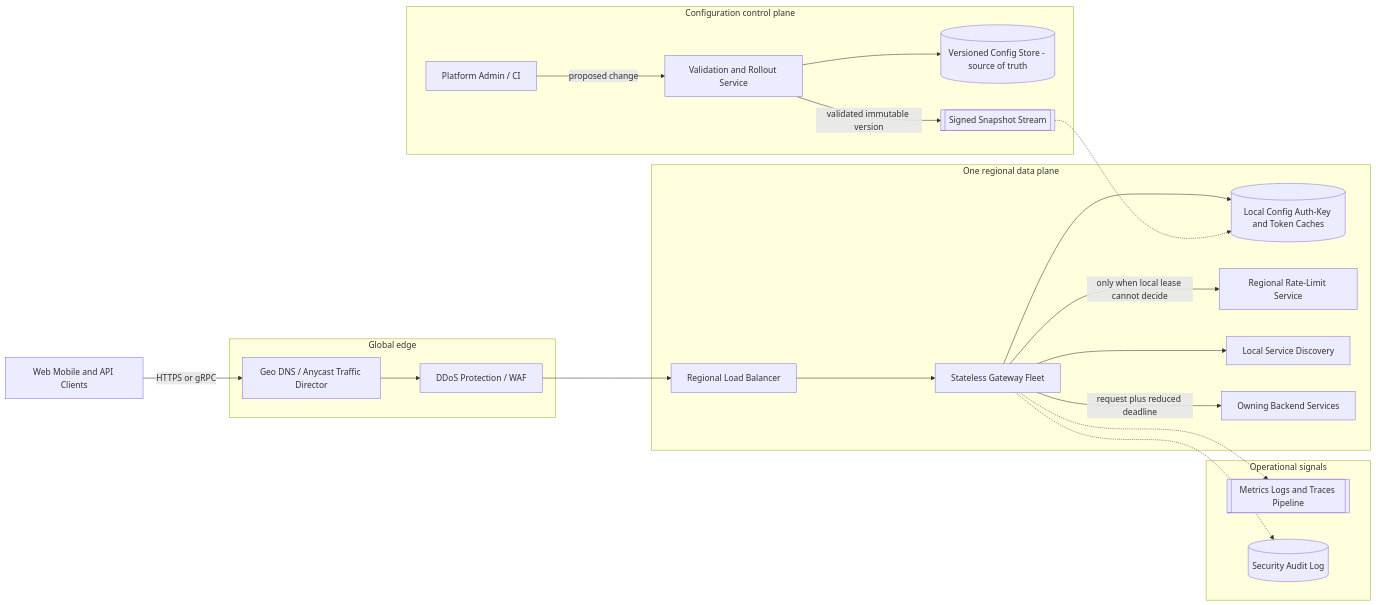
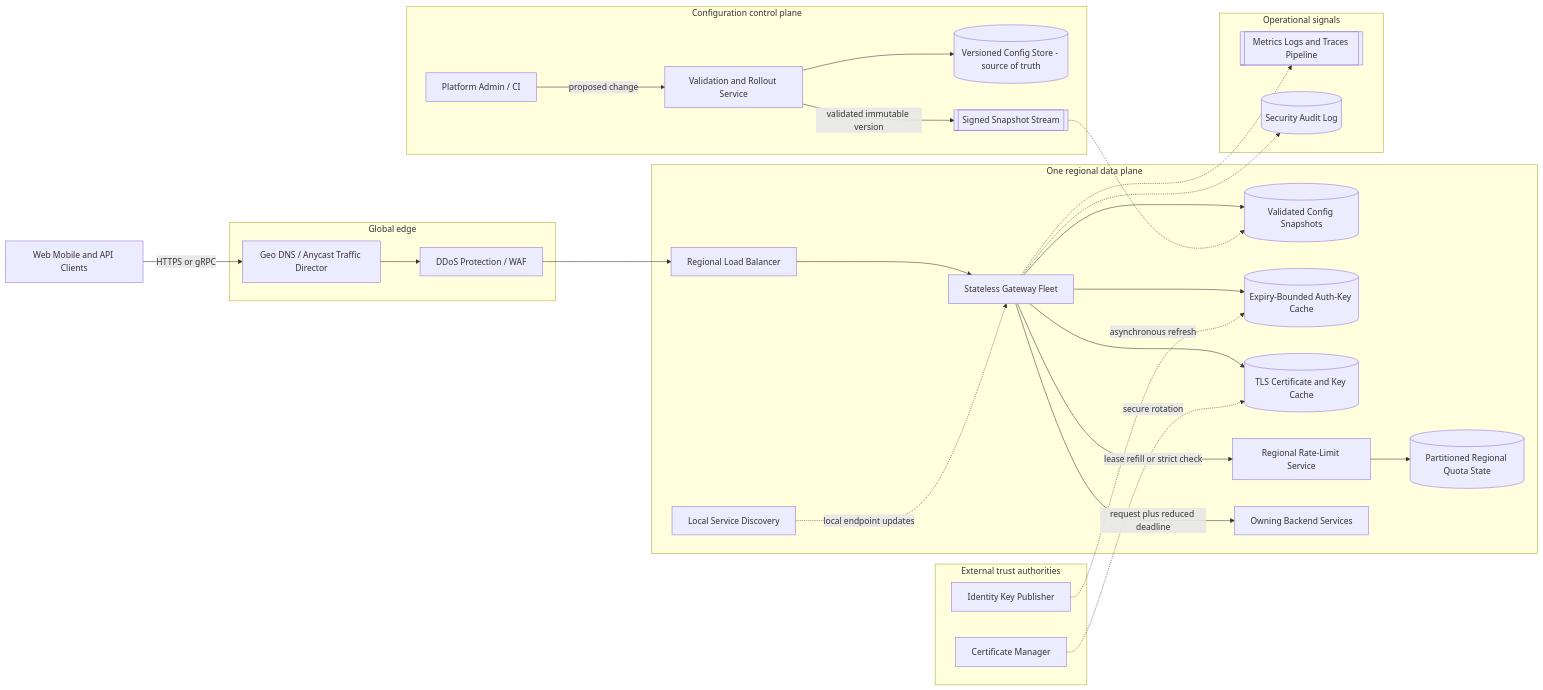
Before and after one commit to rahulsharma001/go-internals: the diagram in 04 System Design/Systems/API Gateway System.md, drawn with Mermaid. The commit also changed other lines of this file, not shown here.

Commit message:
api gateway system updated

````diff
--- a/04 System Design/Systems/API Gateway System.md
+++ b/04 System Design/Systems/API Gateway System.md
@@ -215,46 +215,59 @@
 ```mermaid
 flowchart LR
   Client[Web Mobile and API Clients]
 
   subgraph Global[Global edge]
     GTR[Geo DNS / Anycast Traffic Director]
     WAF[DDoS Protection / WAF]
   end
 
   subgraph Region[One regional data plane]
     RLB[Regional Load Balancer]
     GW[Stateless Gateway Fleet]
-    Local[(Local Config Auth-Key and Token Caches)]
+    ConfigCache[(Validated Config Snapshots)]
+    KeyCache[(Expiry-Bounded Auth-Key Cache)]
+    CertCache[(TLS Certificate and Key Cache)]
     RL[Regional Rate-Limit Service]
+    Quota[(Partitioned Regional Quota State)]
     Discover[Local Service Discovery]
     Backend[Owning Backend Services]
   end
 
   subgraph Control[Configuration control plane]
     Admin[Platform Admin / CI]
     CP[Validation and Rollout Service]
     ConfigDB[(Versioned Config Store - source of truth)]
     Stream[[Signed Snapshot Stream]]
   end
 
+  subgraph Trust[External trust authorities]
+    Keys[Identity Key Publisher]
+    Certs[Certificate Manager]
+  end
+
   subgraph Signals[Operational signals]
     Telemetry[[Metrics Logs and Traces Pipeline]]
     Audit[(Security Audit Log)]
   end
 
   Client -->|HTTPS or gRPC| GTR
   GTR --> WAF
   WAF --> RLB
   RLB --> GW
-  GW --> Local
-  GW -->|only when local lease cannot decide| RL
-  GW --> Discover
+  GW --> ConfigCache
+  GW --> KeyCache
+  GW --> CertCache
+  GW -->|lease refill or strict check| RL
+  RL --> Quota
+  Discover -.->|local endpoint updates| GW
   GW -->|request plus reduced deadline| Backend
   GW -.-> Telemetry
   GW -.-> Audit
 
   Admin -->|proposed change| CP
   CP --> ConfigDB
   CP -->|validated immutable version| Stream
-  Stream -.-> Local
+  Stream -.-> ConfigCache
+  Keys -.->|asynchronous refresh| KeyCache
+  Certs -.->|secure rotation| CertCache
 ```
````
